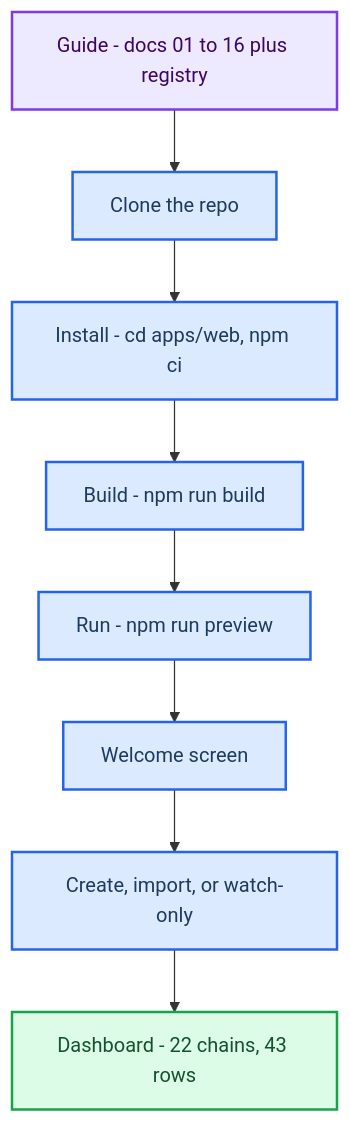
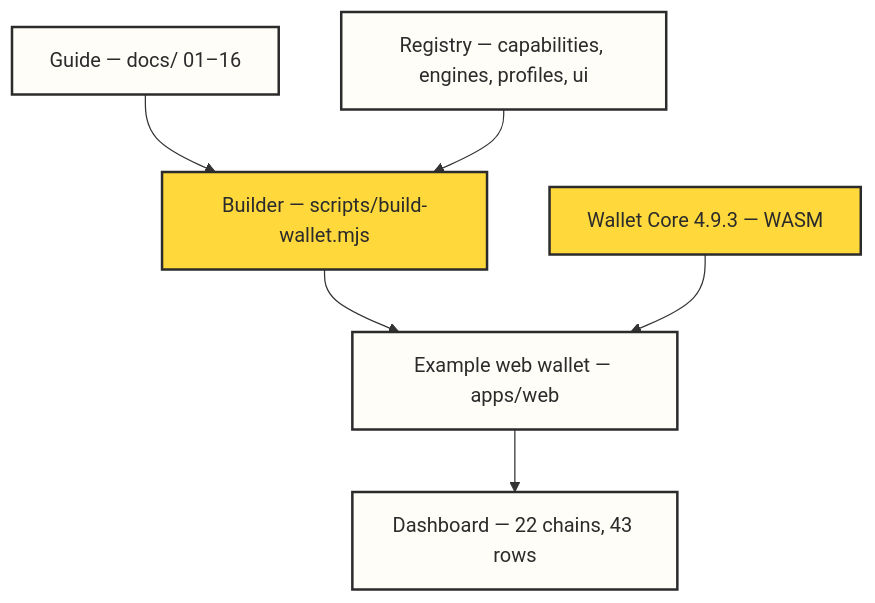
One commit to Pr3eve6ti2o/bawa changed the first of 3 diagrams in docs/HOW-IT-WORKS.md. Above: the diagram before and after it, drawn with Mermaid. The commit also changed other lines of this file and 3 other files, not shown here.

Commit message:
Lane K: hand-crafted architecture + explainer SVGs in README, richer Mermaid in HOW-IT-WORKS

````diff
--- a/docs/HOW-IT-WORKS.md
+++ b/docs/HOW-IT-WORKS.md
@@ -36,21 +38,19 @@
 ```mermaid
 flowchart TB
-    accTitle: How Bawa starts
-    accDescr: From cloning the repo to an open dashboard with 22 chains
+    accTitle: Bawa system map
+    accDescr: The guide and registry build the example web wallet, which runs on Trust Wallet Core and opens on a dashboard with 22 chains.
 
-    guide["Guide - docs 01 to 16 plus registry"] --> clone["Clone the repo"]
-    clone --> install["Install - cd apps/web, npm ci"]
-    install --> build["Build - npm run build"]
-    build --> run["Run - npm run preview"]
-    run --> welcome["Welcome screen"]
-    welcome --> create["Create, import, or watch-only"]
-    create --> dash["Dashboard - 22 chains, 43 rows"]
+    guide["Guide — docs/ 01–16"] --> builder["Builder — scripts/build-wallet.mjs"]
+    registry["Registry — capabilities, engines, profiles, ui"] --> builder
+    builder --> webwallet["Example web wallet — apps/web"]
+    core["Wallet Core 4.9.3 — WASM"] --> webwallet
+    webwallet --> dashboard["Dashboard — 22 chains, 43 rows"]
 
-    classDef start fill:#ede9fe,stroke:#7c3aed,stroke-width:2px,color:#3b0764
-    classDef process fill:#dbeafe,stroke:#2563eb,stroke-width:2px,color:#1e3a5f
-    classDef success fill:#dcfce7,stroke:#16a34a,stroke-width:2px,color:#14532d
+    classDef guide fill:#FFFDF7,stroke:#2B2B2B,stroke-width:2px,color:#2B2B2B
+    classDef sun fill:#FFD93B,stroke:#2B2B2B,stroke-width:2px,color:#2B2B2B
+    classDef plain fill:#FFFDF7,stroke:#2B2B2B,stroke-width:2px,color:#2B2B2B
 
-    class guide start
-    class clone,install,build,run,welcome,create process
-    class dash success
+    class guide,registry guide
+    class builder,core sun
+    class webwallet,dashboard plain
 ```
````
